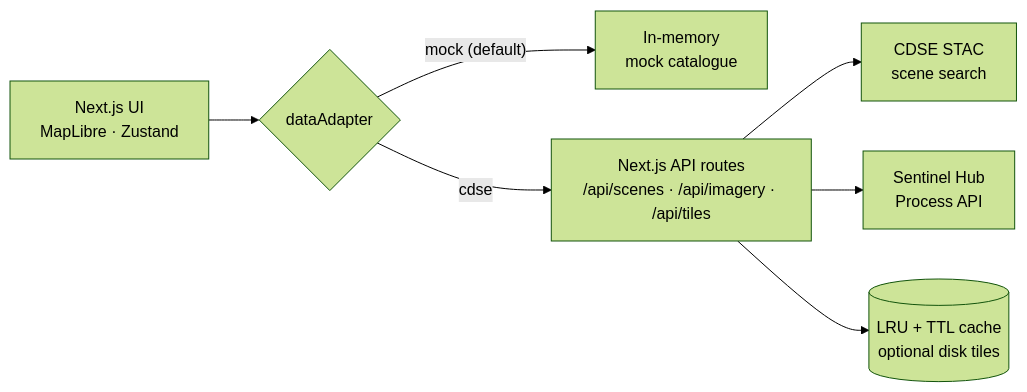
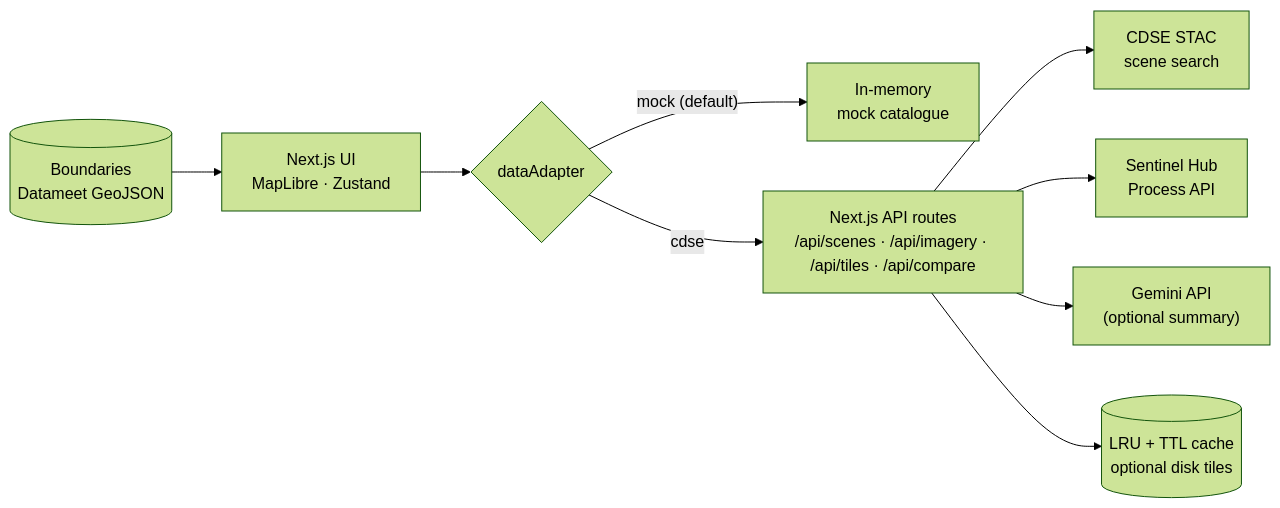
The diagram in README.md (Vatxsal/rajasthan_satellite_imagery_analysis), drawn with Mermaid (forest theme) before and after one commit. The commit also changed other lines of this file, not shown here.

````diff
--- a/README.md
+++ b/README.md
@@ -97,9 +126,11 @@
 ```mermaid
 flowchart LR
     UI["Next.js UI<br/>MapLibre · Zustand"] --> AD{"dataAdapter"}
     AD -->|"mock (default)"| MOCK["In-memory<br/>mock catalogue"]
-    AD -->|"cdse"| API["Next.js API routes<br/>/api/scenes · /api/imagery · /api/tiles"]
+    AD -->|"cdse"| API["Next.js API routes<br/>/api/scenes · /api/imagery · /api/tiles · /api/compare"]
     API --> STAC["CDSE STAC<br/>scene search"]
     API --> SH["Sentinel Hub<br/>Process API"]
+    API --> GEM["Gemini API<br/>(optional summary)"]
     API --> CACHE[("LRU + TTL cache<br/>optional disk tiles")]
+    BND[("Boundaries<br/>Datameet GeoJSON")] --> UI
 ```
````
